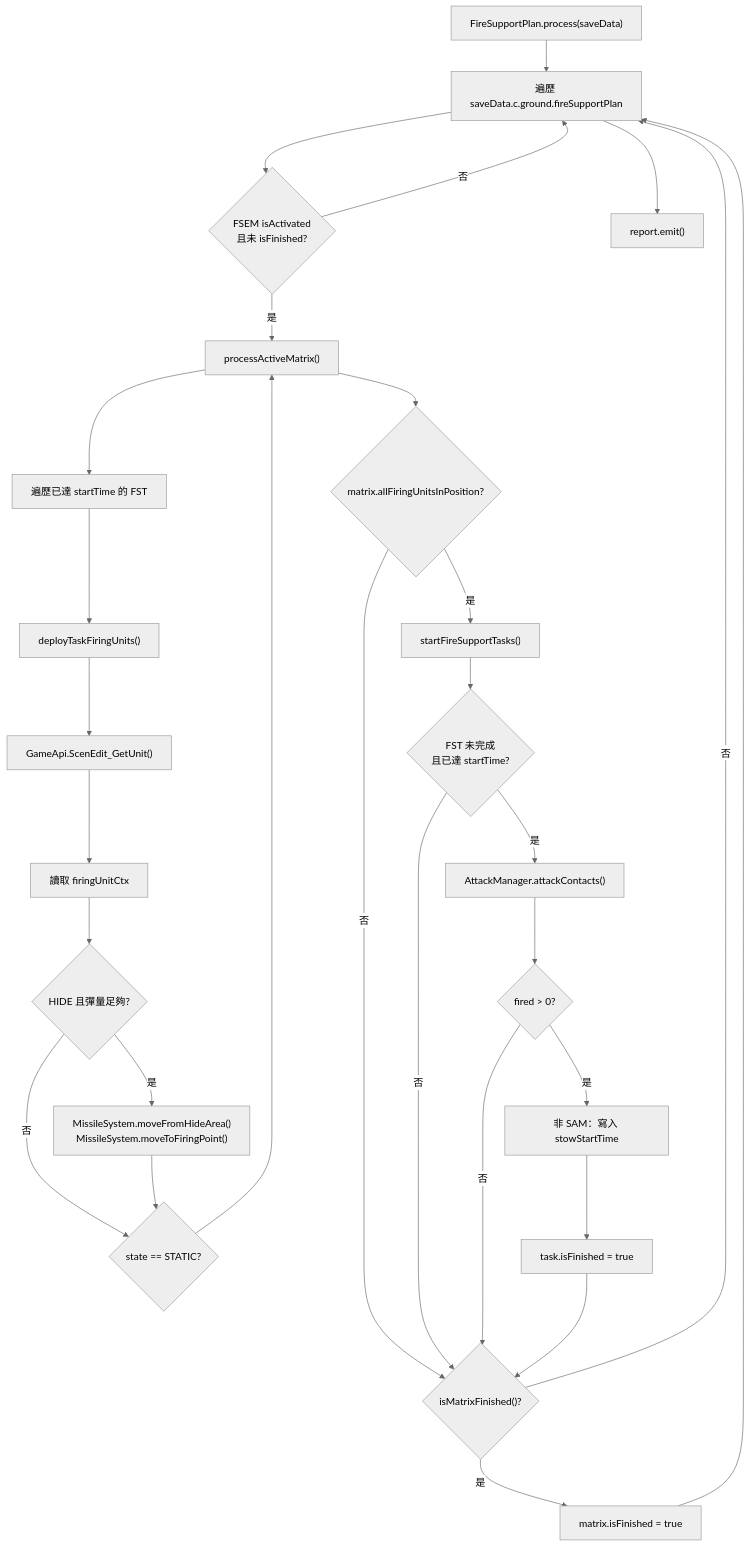
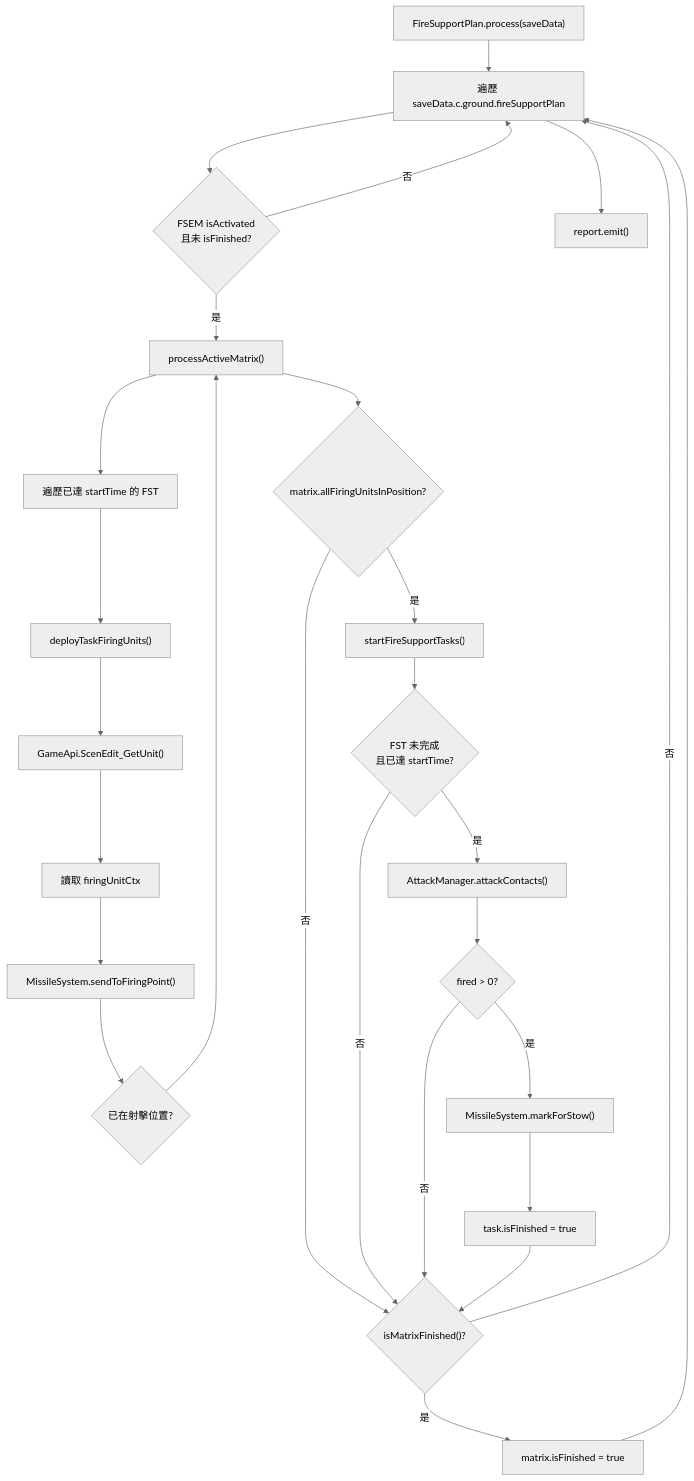
Before and after one commit to pullupjumper/formosa-in-flames: the diagram in docs/strikePlanner/fireSupportPlan.md, drawn with Mermaid (neutral theme). The commit also changed other lines of this file and 3 other files, not shown here.

Commit message:
docs(missileSystem): document the new front-door API and its strike planner callers

````diff
--- a/docs/strikePlanner/fireSupportPlan.md
+++ b/docs/strikePlanner/fireSupportPlan.md
@@ -112,53 +100,50 @@
 ```mermaid
 flowchart TD
     START["FireSupportPlan.process(saveData)"]
     LOOP["遍歷 saveData.c.ground.fireSupportPlan"]
     ACTIVE{"FSEM isActivated<br/>且未 isFinished?"}
     PROCESS["processActiveMatrix()"]
     DEPLOY_TASK["遍歷已達 startTime 的 FST"]
     DEPLOY_UNIT["deployTaskFiringUnits()"]
     GET_UNIT["GameApi.ScenEdit_GetUnit()"]
     GET_CTX["讀取 firingUnitCtx"]
-    READY{"HIDE 且彈量足夠?"}
-    MOVE["MissileSystem.moveFromHideArea()<br/>MissileSystem.moveToFiringPoint()"]
-    STATIC{"state == STATIC?"}
+    SEND["MissileSystem.sendToFiringPoint()"]
+    STATIC{"已在射擊位置?"}
     ALL_READY{"matrix.allFiringUnitsInPosition?"}
     EXECUTE["startFireSupportTasks()"]
     TASK_READY{"FST 未完成<br/>且已達 startTime?"}
     ATTACK["AttackManager.attackContacts()"]
     FIRED{"fired > 0?"}
-    STOW["非 SAM：寫入 stowStartTime"]
+    STOW["MissileSystem.markForStow()"]
     TASK_DONE["task.isFinished = true"]
     MATRIX_DONE{"isMatrixFinished()?"}
     FINISH["matrix.isFinished = true"]
     LOG["report.emit()"]
 
     START --> LOOP
     LOOP --> ACTIVE
     ACTIVE -->|否| LOOP
     ACTIVE -->|是| PROCESS
     PROCESS --> DEPLOY_TASK
     DEPLOY_TASK --> DEPLOY_UNIT
     DEPLOY_UNIT --> GET_UNIT
     GET_UNIT --> GET_CTX
-    GET_CTX --> READY
-    READY -->|是| MOVE
-    READY -->|否| STATIC
-    MOVE --> STATIC
+    GET_CTX --> SEND
+    SEND --> STATIC
     STATIC --> PROCESS
     PROCESS --> ALL_READY
     ALL_READY -->|是| EXECUTE
     ALL_READY -->|否| MATRIX_DONE
     EXECUTE --> TASK_READY
     TASK_READY -->|是| ATTACK
     TASK_READY -->|否| MATRIX_DONE
     ATTACK --> FIRED
     FIRED -->|是| STOW
     FIRED -->|否| MATRIX_DONE
     STOW --> TASK_DONE
     TASK_DONE --> MATRIX_DONE
     MATRIX_DONE -->|是| FINISH
     MATRIX_DONE -->|否| LOOP
     FINISH --> LOOP
     LOOP --> LOG
 ```
````
